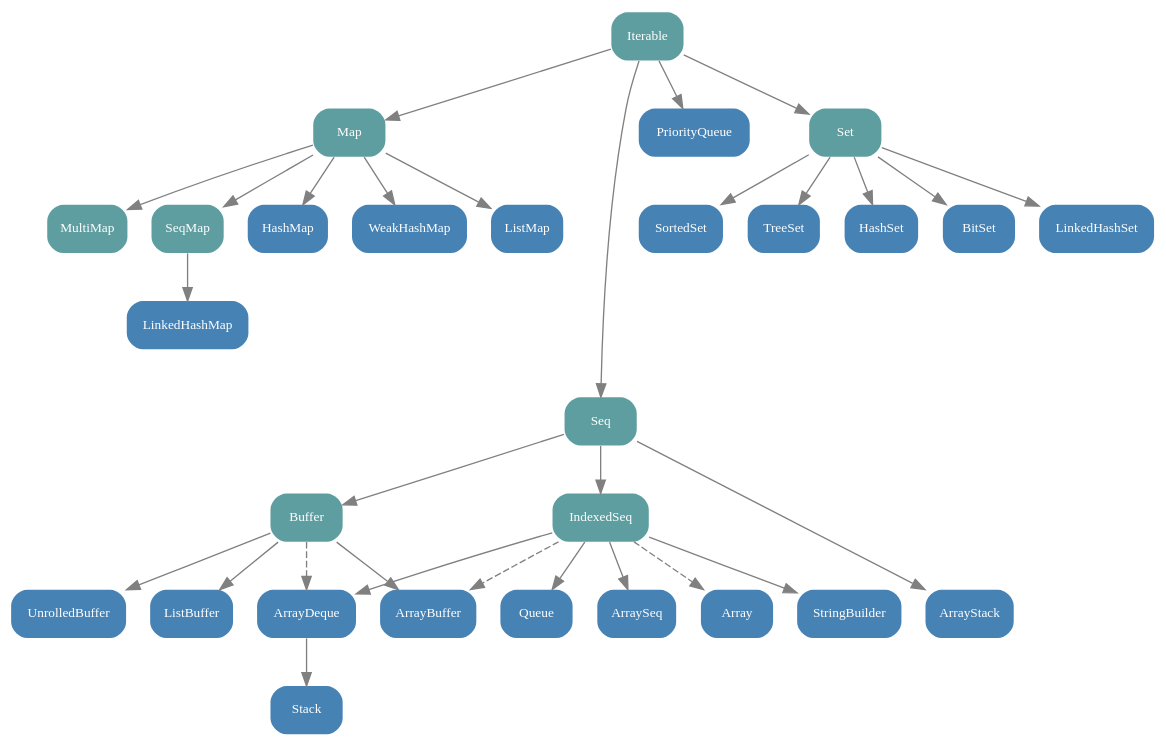
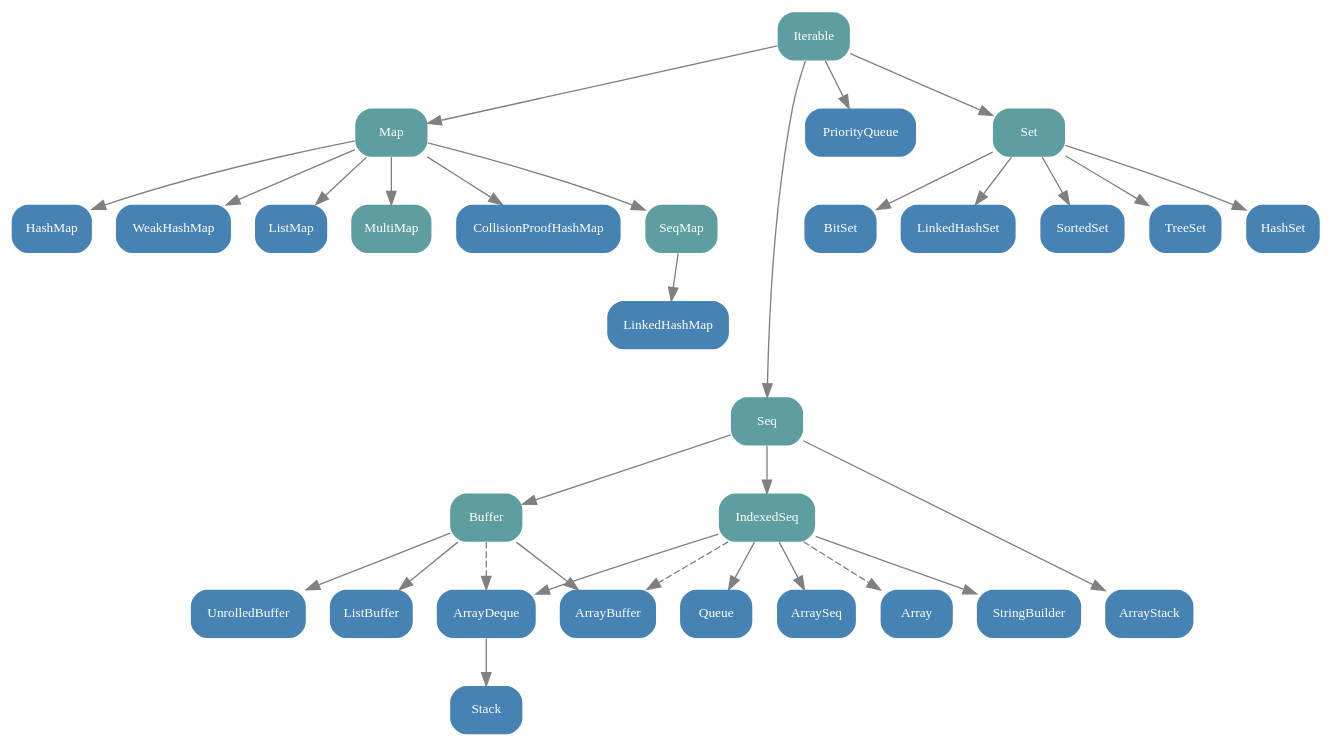
The diagram in src/scala.collection.mutable.gv (er1c/scala-collections-charts), drawn with Graphviz before and after one commit.

Commit message:
Always one more class to add...

```diff
--- a/src/scala.collection.mutable.gv
+++ b/src/scala.collection.mutable.gv
@@ -1,88 +1,90 @@
 // dot graphs for the Scala 2.13 Collections API
 // package scala.collection.mutable
 // (C) 2010 by Mathias
 // (C) 2015 and 2019 by Mike Slinn
 
 // Traversable and OpenHashMap removed because they were deprecated in Scala 2.13
 digraph "scala.collection.mutable" {
   bgcolor=transparent
   dpi=68
 
   // layout help
   node [shape=point, style=invis]
   edge [style=invis]
   Level0 -> Level1 -> Level2 -> Level3 -> Level4 -> Level5 -> Level6 -> Level7 -> Level8 -> Level9
 
   // node definitions
   node [shape=box, style="rounded, filled", fontname=tahoma, fontsize=10, fontcolor=white, color=none, fillcolor=cadetblue]
   mIterable [label="Iterable", URL="http://www.scala-lang.org/api/current/scala/collection/mutable/Iterable.html"]
     mMap [label="Map", URL="http://www.scala-lang.org/api/current/scala/collection/mutable/Map.html"]
       mHashMap [fillcolor="steelblue", label="HashMap", URL="http://www.scala-lang.org/api/current/scala/collection/mutable/HashMap.html"]
       WeakHashMap [fillcolor="steelblue", URL="http://www.scala-lang.org/api/current/scala/collection/mutable/WeakHashMap.html"]
       mListMap [fillcolor="steelblue", label="ListMap", URL="http://www.scala-lang.org/api/current/scala/collection/mutable/ListMap.html"]
       MultiMap [URL="http://www.scala-lang.org/api/current/scala/collection/mutable/MultiMap.html"]
+      CollisionProofHashMap [fillcolor="steelblue", URL="http://www.scala-lang.org/api/current/scala/collection/mutable/CollisionProofHashMap.html"]
     mSeq [label="Seq", URL="http://www.scala-lang.org/api/current/scala/collection/mutable/Seq.html"]
       mIndexedSeq [label="IndexedSeq", URL="http://www.scala-lang.org/api/current/scala/collection/mutable/IndexedSeq.html"]
         ArrayBuffer [fillcolor="steelblue", URL="http://www.scala-lang.org/api/current/scala/collection/mutable/ArrayBuffer.html"] // also a Buffer
         ArrayDeque [fillcolor="steelblue", URL="http://www.scala-lang.org/api/current/scala/collection/mutable/ArrayDeque.html"]
         ArraySeq [fillcolor="steelblue", URL="http://www.scala-lang.org/api/current/scala/collection/mutable/ArraySeq.html"]
         Array [fillcolor="steelblue", URL="http://www.scala-lang.org/api/current/scala/Array.html"]
         StringBuilder [fillcolor="steelblue", URL="http://www.scala-lang.org/api/current/scala/collection/mutable/StringBuilder.html"]
       Buffer [URL="http://www.scala-lang.org/api/current/scala/collection/mutable/Buffer.html"]
         ListBuffer [fillcolor="steelblue", URL="http://www.scala-lang.org/api/current/scala/collection/mutable/ListBuffer.html"]
         UnrolledBuffer [fillcolor="steelblue", URL="http://www.scala-lang.org/api/current/scala/collection/mutable/Buffer.html"]
       mStack [fillcolor="steelblue", label="Stack", URL="http://www.scala-lang.org/api/current/scala/collection/mutable/Stack.html"]
       ArrayStack [fillcolor="steelblue", URL="http://www.scala-lang.org/api/current/scala/collection/mutable/ArrayStack.html"]
       PriorityQueue [fillcolor="steelblue", URL="http://www.scala-lang.org/api/current/scala/collection/mutable/PriorityQueue.html"]
           mQueue [fillcolor="steelblue", label="Queue", URL="http://www.scala-lang.org/api/current/scala/collection/mutable/Queue.html"]
     mSeqMap [label="SeqMap", URL="http://www.scala-lang.org/api/current/scala/collection/mutable/SeqMap.html"]
       LinkedHashMap [fillcolor="steelblue", label="LinkedHashMap", URL="http://www.scala-lang.org/api/current/scala/collection/mutable/LinkedHashMap.html"]
     mSet [label="Set", URL="http://www.scala-lang.org/api/current/scala/collection/mutable/Set.html"]
       mHashSet [fillcolor="steelblue", label="HashSet", URL="http://www.scala-lang.org/api/current/scala/collection/mutable/HashSet.html"]
       mBitSet [fillcolor="steelblue", label="BitSet", URL="http://www.scala-lang.org/api/current/scala/collection/mutable/BitSet.html"]
       LinkedHashSet [fillcolor="steelblue", URL="http://www.scala-lang.org/api/current/scala/collection/mutable/LinkedHashSet.html"]
       SortedSet [fillcolor="steelblue", URL="http://www.scala-lang.org/api/current/scala/collection/mutable/SortedSet.html"]
       TreeSet [fillcolor="steelblue", URL="http://www.scala-lang.org/api/current/scala/collection/mutable/TreeSet.html"]
 
   // layout help
   { rank=same; Level0; mIterable }
   { rank=same; Level1; mSet; mMap; PriorityQueue }
-  { rank=same; Level2; WeakHashMap; mSeqMap; MultiMap }
+  { rank=same; Level2; WeakHashMap; mSeqMap; MultiMap; CollisionProofHashMap }
   { rank=same; Level3; LinkedHashMap }
   { rank=same; Level4; mSeq }
   { rank=same; Level5;  }
   { rank=same; Level6; ArraySeq; ArrayStack }
   { rank=same; Level7; mStack }
 
   // edge definitions
   edge [style=solid, color=gray]
   mIterable -> mSet
   mIterable -> mSeq
   mIterable -> mMap
   mIterable -> PriorityQueue
   mSeq -> ArrayStack
   mSeq -> Buffer
   mSeq -> mIndexedSeq
   mIndexedSeq -> ArraySeq
   mIndexedSeq -> Array [style=dashed, URL="http://www.scala-lang.org/api/current/scala/collection/mutable/ArrayOps.html"]
   mIndexedSeq -> StringBuilder
   mIndexedSeq -> ArrayDeque
   mIndexedSeq -> mQueue
   mIndexedSeq -> ArrayBuffer[style=dashed]
   Buffer -> ArrayBuffer
   Buffer -> ListBuffer
   Buffer -> ArrayDeque[style=dashed]
   Buffer -> UnrolledBuffer
   mSet -> mHashSet
   mSet -> mBitSet
   mSet -> LinkedHashSet
   mSet -> SortedSet
   mSet -> TreeSet
   mMap -> mHashMap
   mMap -> WeakHashMap
   mMap -> mListMap
   mMap -> MultiMap
   mMap -> mSeqMap
+  mMap -> CollisionProofHashMap
   mSeqMap -> LinkedHashMap
   ArrayDeque -> mStack
 }
```
